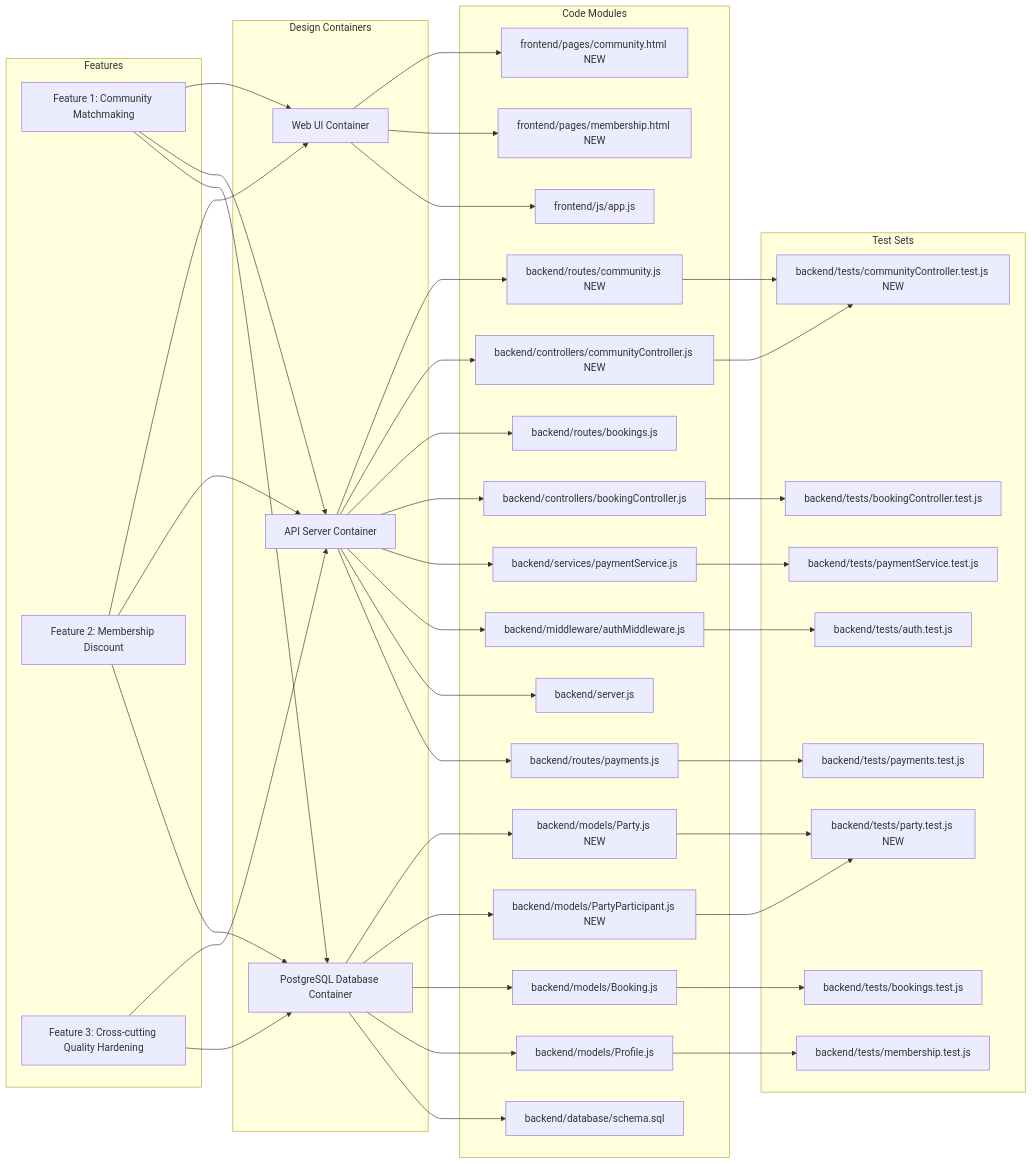
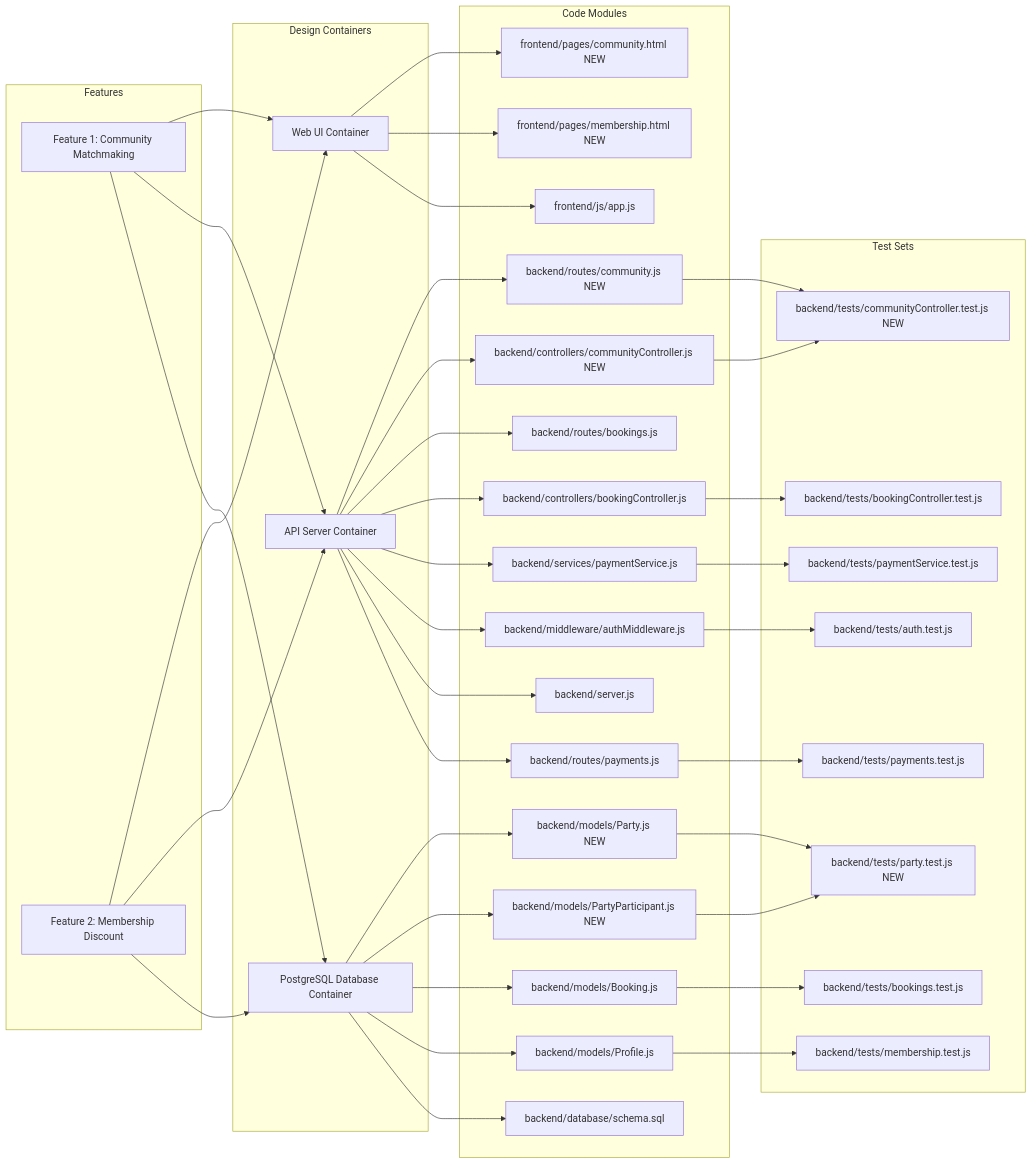
Before and after one commit to antnpwr/2025-ITCS383-FolkliyGrunt: the first of 3 diagrams in D4_IMPACT_ANALYSIS.md, drawn with Mermaid. The commit also changed other lines of this file and 47 other files, not shown here.

```diff
--- a/D4_IMPACT_ANALYSIS.md
+++ b/D4_IMPACT_ANALYSIS.md
@@ -24,7 +88,6 @@
   subgraph F[Features]
     F1[Feature 1: Community Matchmaking]
     F2[Feature 2: Membership Discount]
-    F3[Feature 3: Cross-cutting Quality Hardening]
   end
 
   subgraph D[Design Containers]
@@ -71,8 +134,7 @@
   F2 --> D2
   F2 --> D3
 
-  F3 --> D2
-  F3 --> D3
+
 
   D1 --> C1
   D1 --> C2
```
